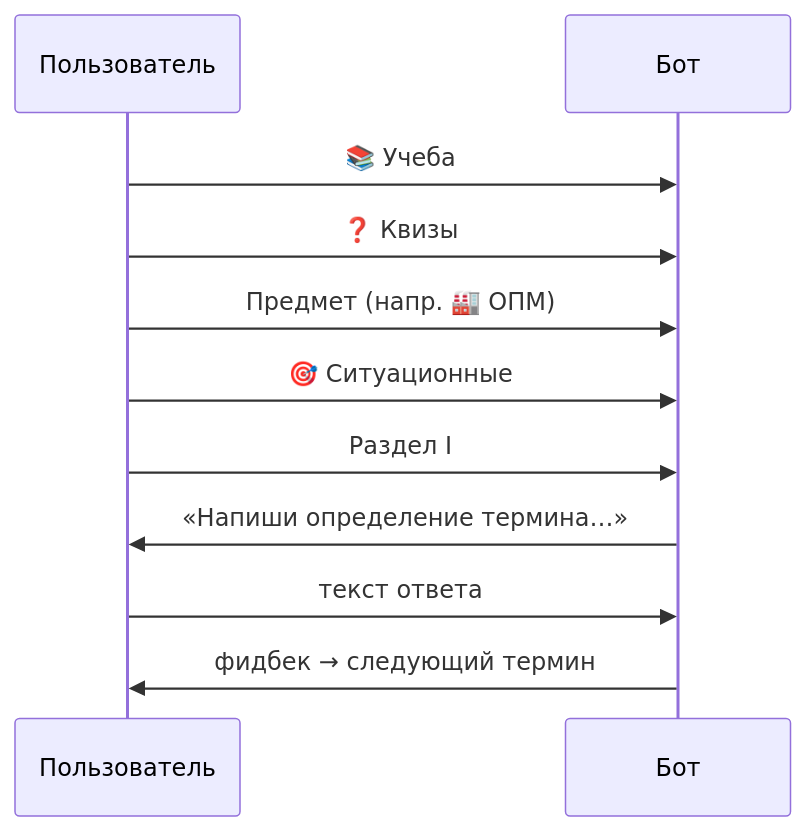
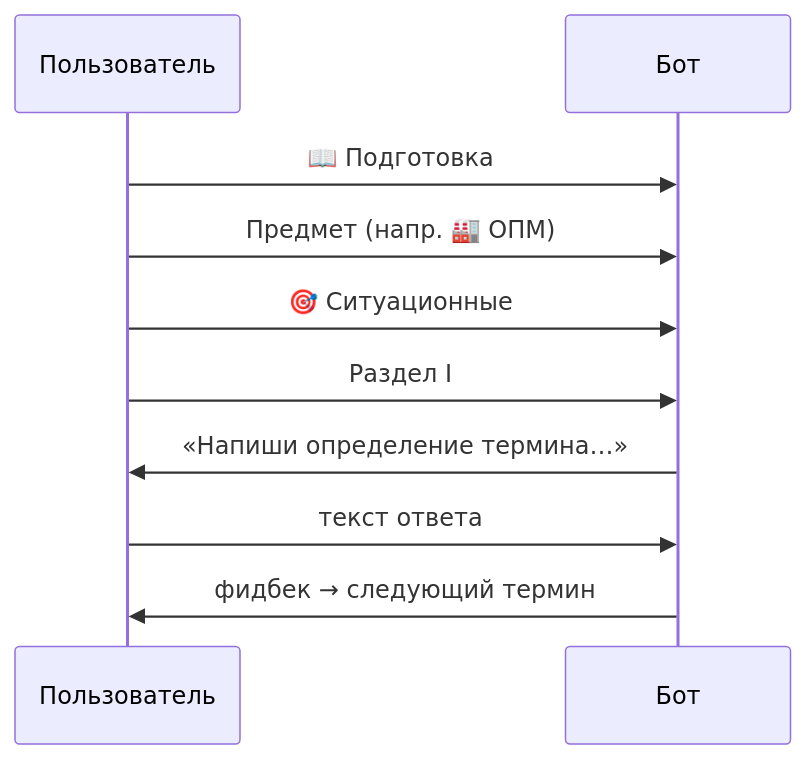
One commit to zerocious/Palph changed the fifth of 10 diagrams in user-flows.md. Above: the diagram before and after it, drawn with Mermaid. The commit also changed other lines of this file and 98 other files, not shown here.

````diff
--- a/user-flows.md
+++ b/user-flows.md
@@ -175,14 +178,13 @@
 ```mermaid
 sequenceDiagram
     participant U as Пользователь
     participant B as Бот
 
-    U->>B: 📚 Учеба
-    U->>B: ❓ Квизы
+    U->>B: 📖 Подготовка
     U->>B: Предмет (напр. 🏭 ОПМ)
     U->>B: 🎯 Ситуационные
     U->>B: Раздел I
     B->>U: «Напиши определение термина…»
     U->>B: текст ответа
     B->>U: фидбек → следующий термин
 ```
````
